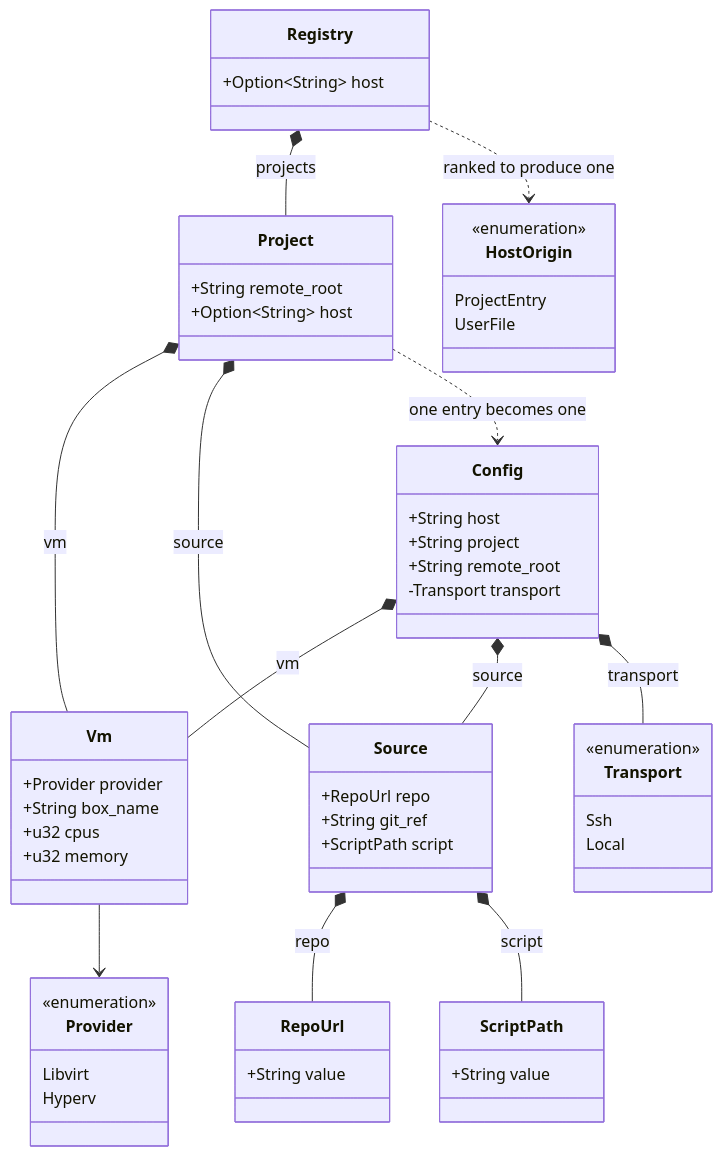
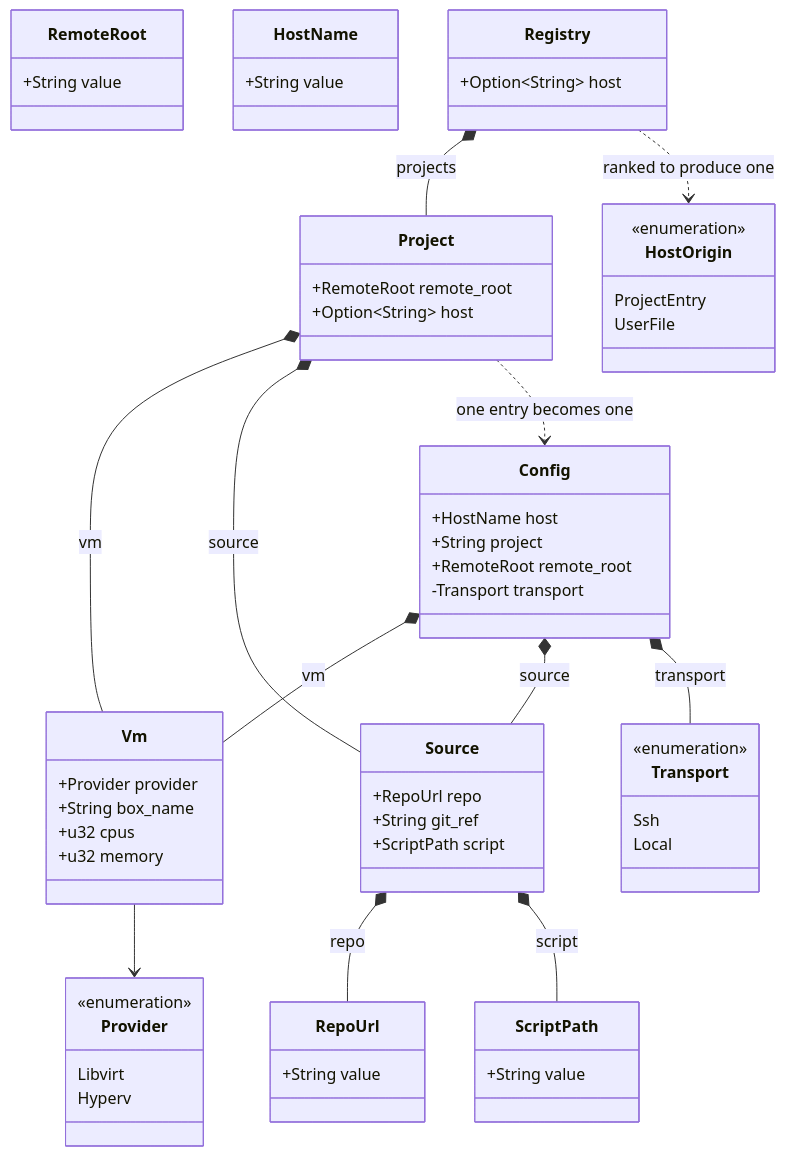
The third of 6 diagrams in docs/architecture.md (breki/bombyx), drawn with Mermaid before and after one commit. The commit also changed other lines of this file and 10 other files, not shown here.

````diff
--- a/docs/architecture.md
+++ b/docs/architecture.md
@@ -184,60 +184,66 @@
 ```mermaid
 classDiagram
   class Config {
-    +String host
+    +HostName host
     +String project
-    +String remote_root
+    +RemoteRoot remote_root
     -Transport transport
   }
   class Vm {
     +Provider provider
     +String box_name
     +u32 cpus
     +u32 memory
   }
   class Source {
     +RepoUrl repo
     +String git_ref
     +ScriptPath script
   }
   class RepoUrl {
     +String value
   }
   class ScriptPath {
     +String value
   }
+  class RemoteRoot {
+    +String value
+  }
+  class HostName {
+    +String value
+  }
   class Provider {
     <<enumeration>>
     Libvirt
     Hyperv
   }
   class Registry {
     +Option~String~ host
   }
   class Project {
-    +String remote_root
+    +RemoteRoot remote_root
     +Option~String~ host
   }
   class HostOrigin {
     <<enumeration>>
     ProjectEntry
     UserFile
   }
   class Transport {
     <<enumeration>>
     Ssh
     Local
   }
 
   Config *-- Vm : vm
   Config *-- Source : source
   Config *-- Transport : transport
   Registry *-- Project : projects
   Project *-- Vm : vm
   Project *-- Source : source
   Project ..> Config : one entry becomes one
   Vm --> Provider
   Source *-- RepoUrl : repo
   Source *-- ScriptPath : script
   Registry ..> HostOrigin : ranked to produce one
 ```
````
